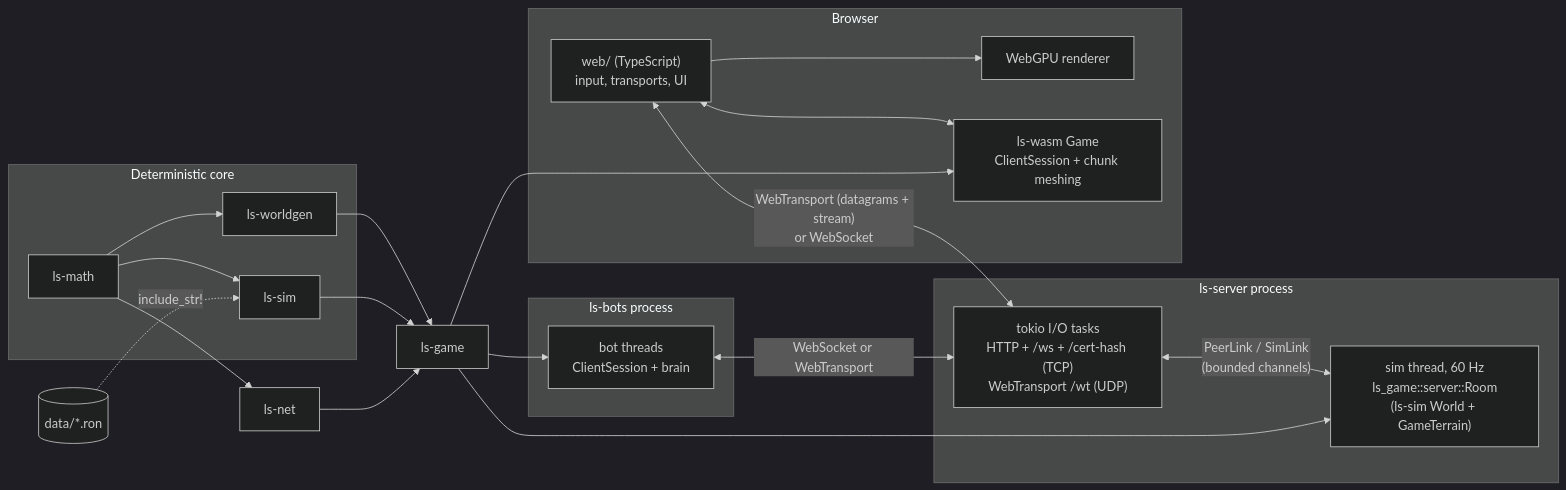
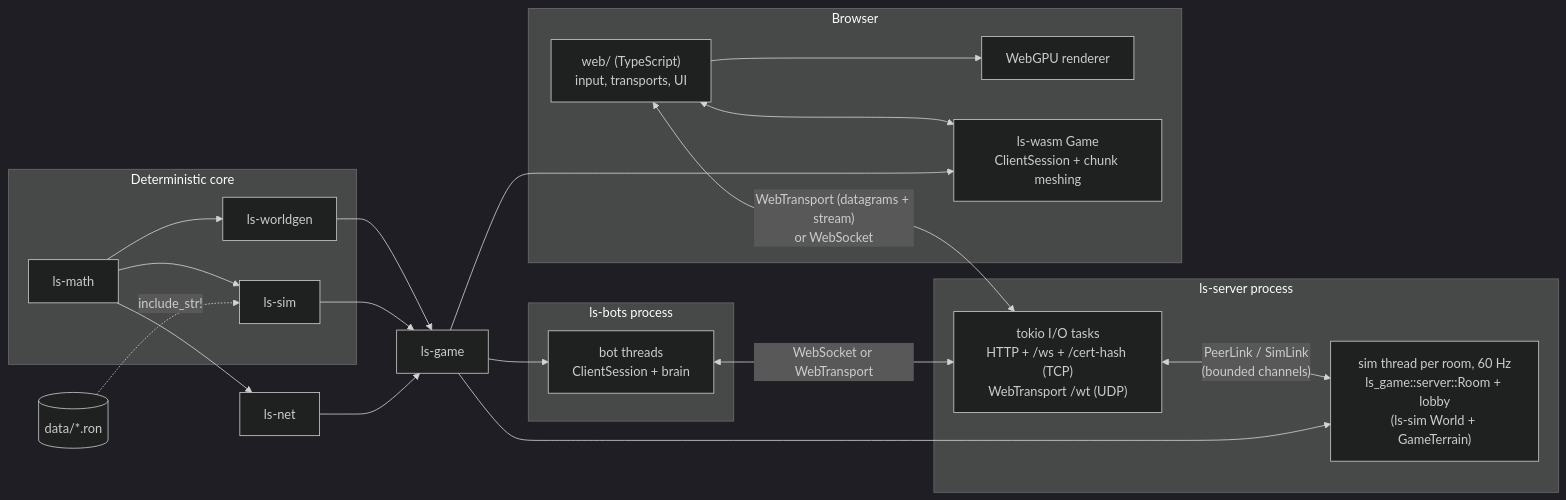
The diagram in docs/architecture/overview.md (Nusi42/LooseScrews), drawn with Mermaid (dark theme) before and after one commit. The commit also changed other lines of this file and 18 other files, not shown here.

````diff
--- a/docs/architecture/overview.md
+++ b/docs/architecture/overview.md
@@ -44,43 +45,43 @@
 ```mermaid
 flowchart LR
   subgraph core["Deterministic core"]
     math["ls-math"]
     wg["ls-worldgen"]
     sim["ls-sim"]
   end
   net["ls-net"]
   game["ls-game"]
   data[("data/*.ron")]
 
   math --> wg
   math --> sim
   math --> net
   wg --> game
   sim --> game
   net --> game
   data -. include_str! .-> sim
 
   subgraph server["ls-server process"]
     io["tokio I/O tasks<br/>HTTP + /ws + /cert-hash (TCP)<br/>WebTransport /wt (UDP)"]
-    simthread["sim thread, 60 Hz<br/>ls_game::server::Room<br/>(ls-sim World + GameTerrain)"]
+    simthread["sim thread per room, 60 Hz<br/>ls_game::server::Room + lobby<br/>(ls-sim World + GameTerrain)"]
     io <-- "PeerLink / SimLink<br/>(bounded channels)" --> simthread
   end
 
   subgraph browser["Browser"]
     ts["web/ (TypeScript)<br/>input, transports, UI"]
     gpu["WebGPU renderer"]
     wasm["ls-wasm Game<br/>ClientSession + chunk meshing"]
     ts <--> wasm
     ts --> gpu
   end
 
   subgraph botsproc["ls-bots process"]
     bot["bot threads<br/>ClientSession + brain"]
   end
 
   game --> simthread
   game --> wasm
   game --> bot
   ts <-- "WebTransport (datagrams + stream)<br/>or WebSocket" --> io
   bot <-- "WebSocket or WebTransport" --> io
 ```
````
